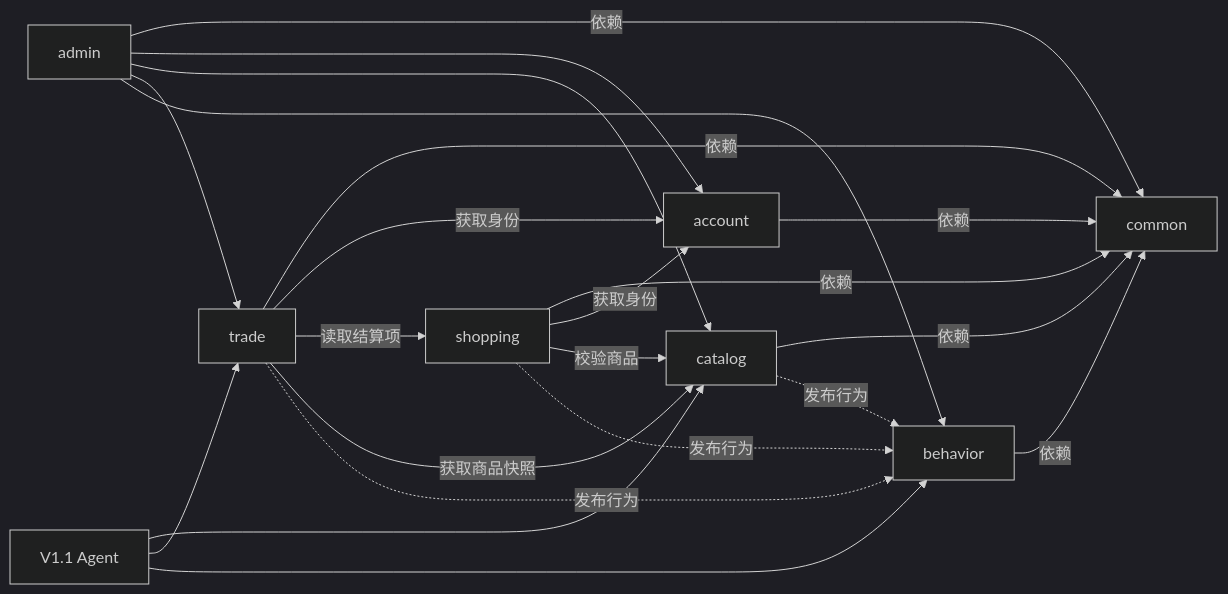
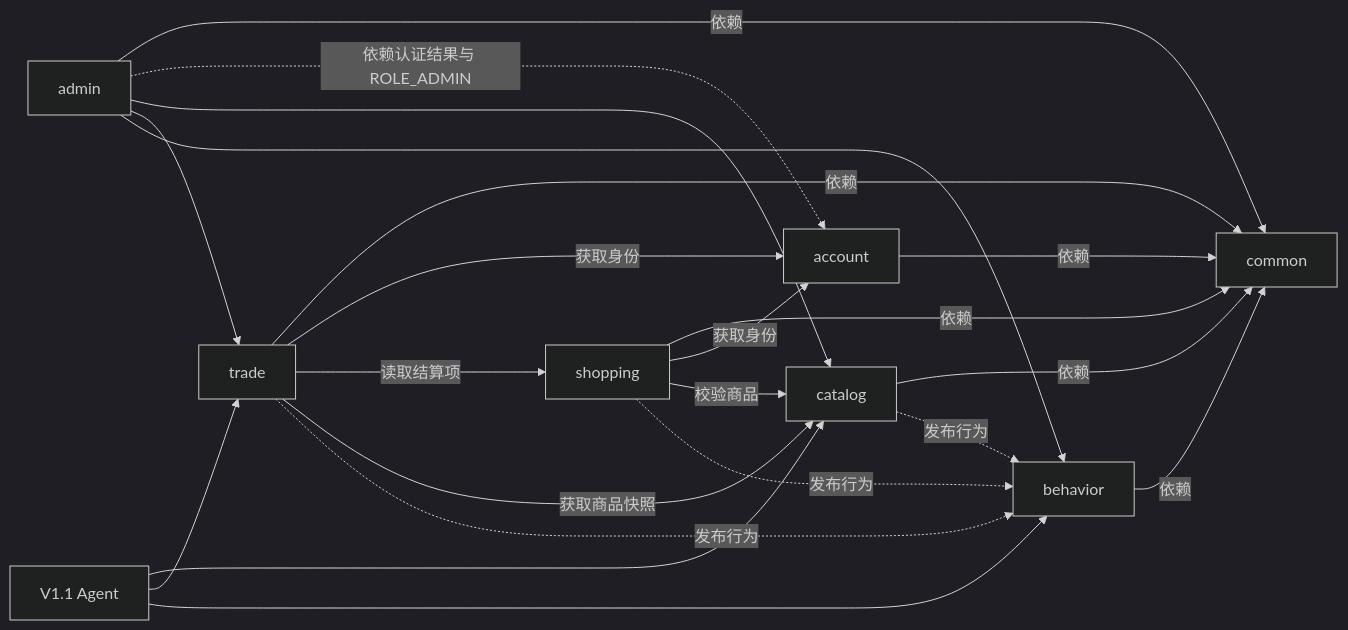
Before and after one commit to XMU-Linjer/persona-flow-commerce: the fifth of 15 diagrams in docs/v1.0-architecture.md, drawn with Mermaid (dark theme). The commit also changed other lines of this file and 2 other files, not shown here.

````diff
--- a/docs/v1.0-architecture.md
+++ b/docs/v1.0-architecture.md
@@ -504,38 +530,38 @@
 ```mermaid
 flowchart LR
     Common[common]
     Account[account]
     Catalog[catalog]
     Shopping[shopping]
     Trade[trade]
     Behavior[behavior]
     Admin[admin]
     Agent[V1.1 Agent]
 
     Account -->|依赖| Common
     Catalog -->|依赖| Common
     Shopping -->|依赖| Common
     Trade -->|依赖| Common
     Behavior -->|依赖| Common
     Admin -->|依赖| Common
 
     Shopping -->|获取身份| Account
     Shopping -->|校验商品| Catalog
 
     Trade -->|获取身份| Account
     Trade -->|读取结算项| Shopping
     Trade -->|获取商品快照| Catalog
 
     Catalog -.发布行为.-> Behavior
     Shopping -.发布行为.-> Behavior
     Trade -.发布行为.-> Behavior
 
-    Admin --> Account
+    Admin -.依赖认证结果与 ROLE_ADMIN.-> Account
     Admin --> Catalog
     Admin --> Trade
     Admin --> Behavior
 
     Agent --> Catalog
     Agent --> Trade
     Agent --> Behavior
 ```
````
